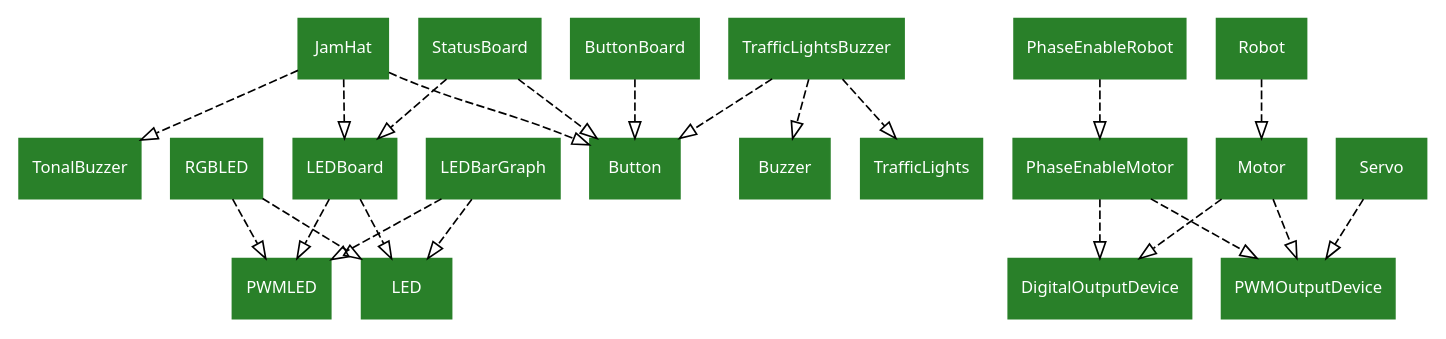
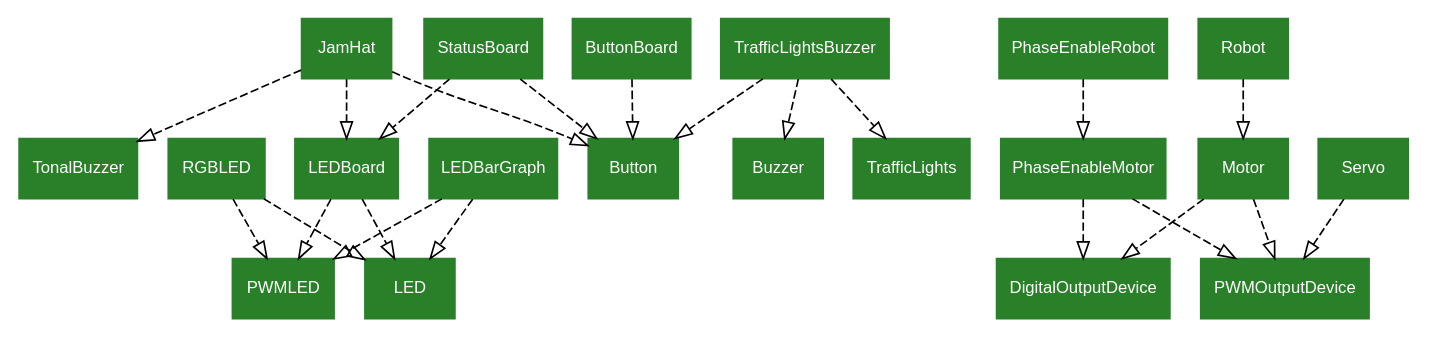
Before and after one commit to gpiozero/gpiozero: the diagram in docs/images/composed_devices.dot, drawn with Graphviz. The commit also changed 27 other files, not shown here.

First line of the commit message:
Use Arial instead of Sans

```diff
--- a/docs/images/composed_devices.dot
+++ b/docs/images/composed_devices.dot
@@ -1,37 +1,37 @@
 /* vim: set et sw=4 sts=4: */
 
 digraph classes {
     graph [rankdir=TB];
-    node [shape=rect, style=filled, color="#298029", fontname=Sans, fontcolor="#ffffff", fontsize=10];
+    node [shape=rect, style=filled, color="#298029", fontname=Arial, fontcolor="#ffffff", fontsize=10];
     edge [arrowhead=onormal, style=dashed];
 
     RGBLED->LED;
     RGBLED->PWMLED;
     LEDBoard->LED;
     LEDBoard->PWMLED;
     LEDBarGraph->LED;
     LEDBarGraph->PWMLED;
 
     ButtonBoard->Button;
 
     TrafficLightsBuzzer->TrafficLights;
     TrafficLightsBuzzer->Buzzer;
     TrafficLightsBuzzer->Button;
 
     StatusBoard->LEDBoard;
     StatusBoard->Button;
 
     JamHat->LEDBoard;
     JamHat->Button;
     JamHat->TonalBuzzer;
 
     Robot->Motor;
     Motor->DigitalOutputDevice;
     Motor->PWMOutputDevice;
 
     PhaseEnableRobot->PhaseEnableMotor;
     PhaseEnableMotor->DigitalOutputDevice;
     PhaseEnableMotor->PWMOutputDevice;
 
     Servo->PWMOutputDevice;
 }
```
